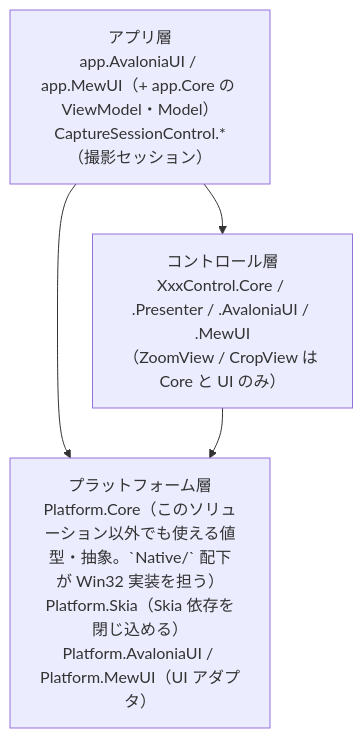
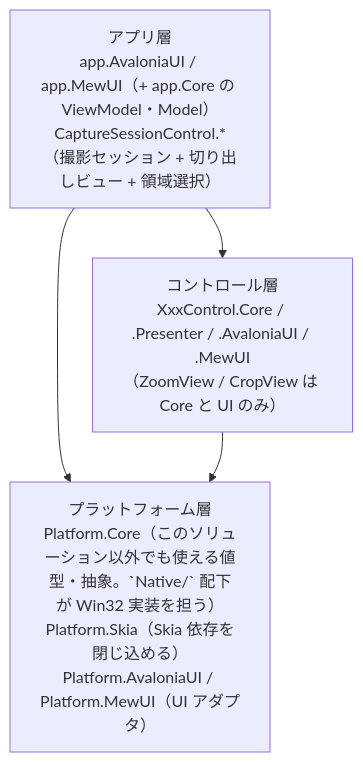
One commit to tomokuni/SaveEvidence changed the first of 2 diagrams in src/README.md. Above: the diagram before and after it, drawn with Mermaid. The commit also changed other lines of this file and 20 other files, not shown here.

````diff
--- a/src/README.md
+++ b/src/README.md
@@ -8,9 +8,9 @@
 ```mermaid
 flowchart TB
-    APP["アプリ層<br/>app.AvaloniaUI / app.MewUI（+ app.Core の ViewModel・Model）<br/>CaptureSessionControl.*（撮影セッション）"]
+    APP["アプリ層<br/>app.AvaloniaUI / app.MewUI（+ app.Core の ViewModel・Model）<br/>CaptureSessionControl.*（撮影セッション + 切り出しビュー + 領域選択）"]
     CTRL["コントロール層<br/>XxxControl.Core / .Presenter / .AvaloniaUI / .MewUI<br/>（ZoomView / CropView は Core と UI のみ）"]
     PLAT["プラットフォーム層<br/>Platform.Core（このソリューション以外でも使える値型・抽象。`Native/` 配下が Win32 実装を担う）<br/>Platform.Skia（Skia 依存を閉じ込める）<br/>Platform.AvaloniaUI / Platform.MewUI（UI アダプタ）"]
     APP --> CTRL
     APP --> PLAT
     CTRL --> PLAT
 ```
````
